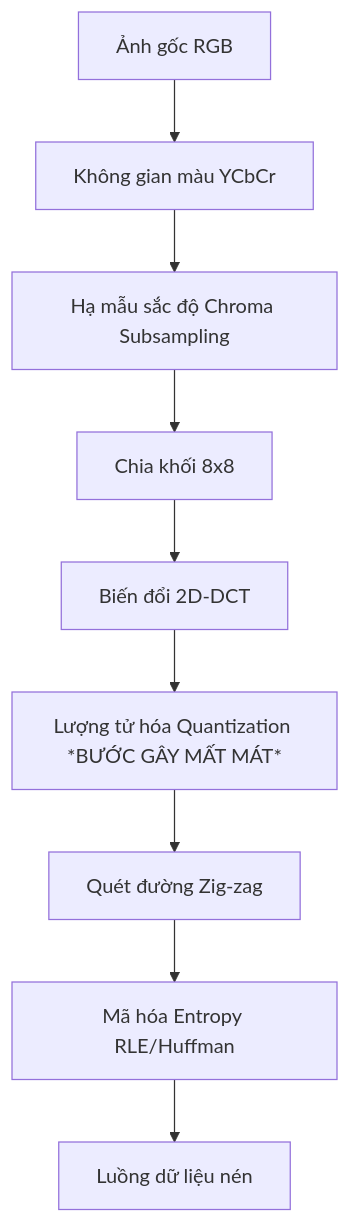
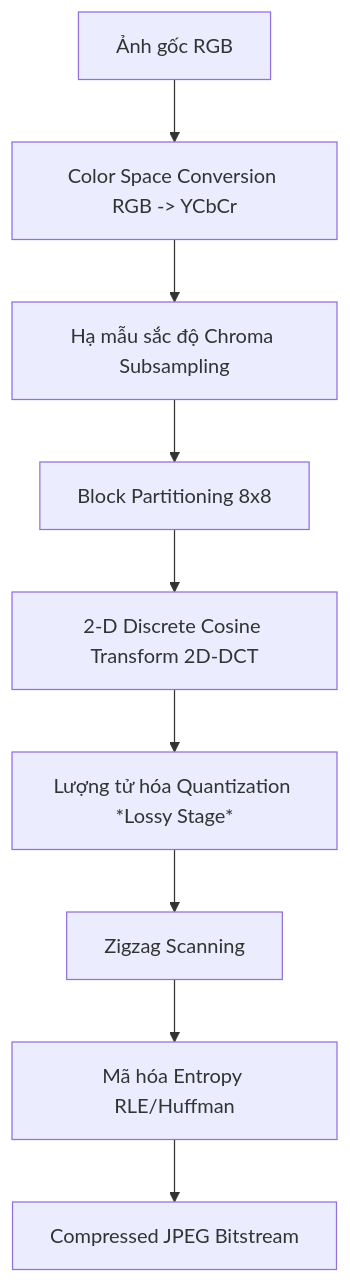
Before and after one commit to nguyenleanhquan2005/Obsidian_Vault: the diagram in IMP302_Master_Syllabus.md, drawn with Mermaid. The commit also changed other lines of this file and 24 other files, not shown here.

````diff
--- a/IMP302_Master_Syllabus.md
+++ b/IMP302_Master_Syllabus.md
@@ -194,11 +398,11 @@
 ```mermaid
 graph TD
-    RGB[Ảnh gốc RGB] --> YCbCr[Không gian màu YCbCr]
+    RGB[Ảnh gốc RGB] --> YCbCr[Color Space Conversion RGB -> YCbCr]
     YCbCr --> Down[Hạ mẫu sắc độ Chroma Subsampling]
-    Down --> Block[Chia khối 8x8]
-    Block --> DCT[Biến đổi 2D-DCT]
-    DCT --> Quant[Lượng tử hóa Quantization *BƯỚC GÂY MẤT MÁT*]
-    Quant --> ZigZag[Quét đường Zig-zag]
+    Down --> Block[Block Partitioning 8x8]
+    Block --> DCT[2-D Discrete Cosine Transform 2D-DCT]
+    DCT --> Quant[Lượng tử hóa Quantization *Lossy Stage*]
+    Quant --> ZigZag[Zigzag Scanning]
     ZigZag --> Entropy[Mã hóa Entropy RLE/Huffman]
-    Entropy --> Stream[Luồng dữ liệu nén]
+    Entropy --> Stream[Compressed JPEG Bitstream]
 ```
````
